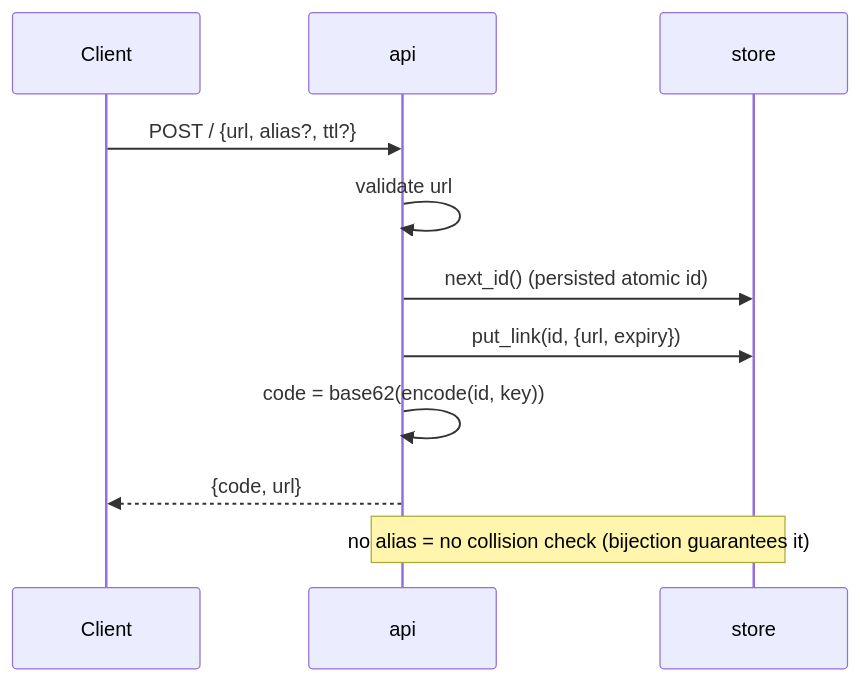
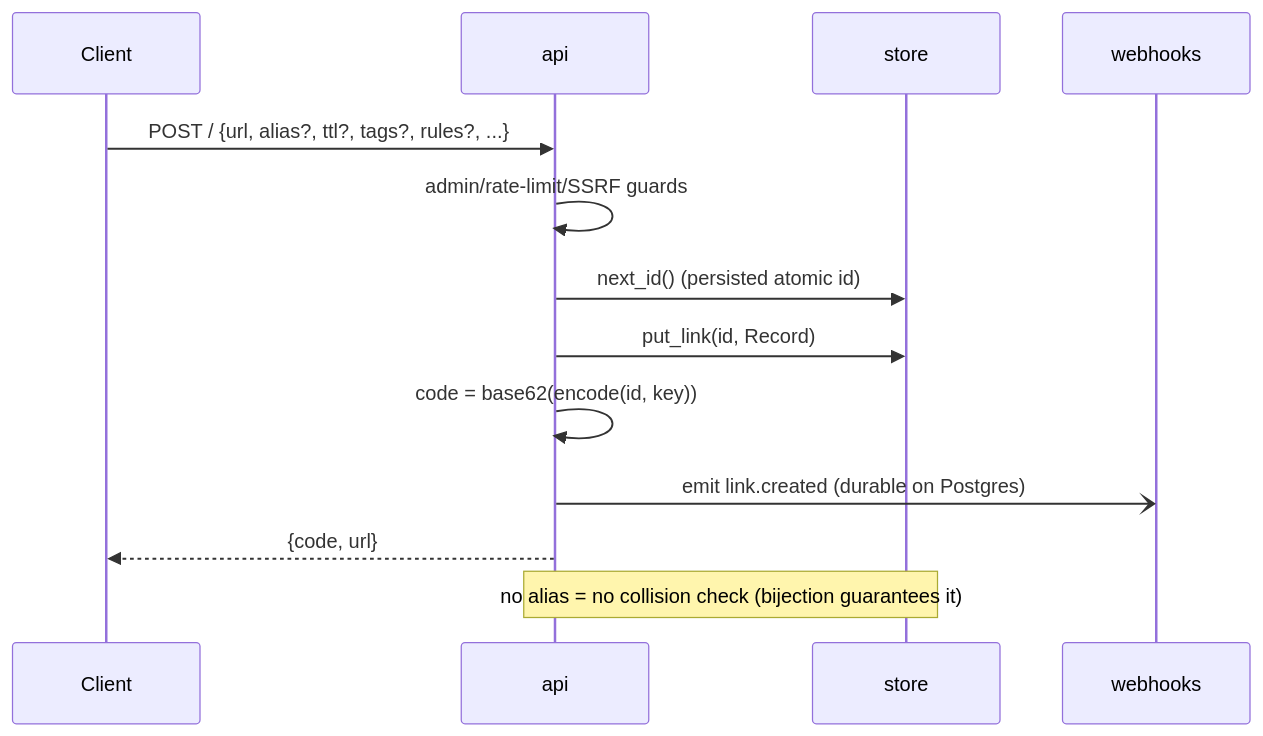
The second of 5 diagrams in docs/ARCHITECTURE.md (lucasolopes/quark), drawn with Mermaid before and after one commit. The commit also changed other lines of this file and 1 other file, not shown here.

First line of the commit message:
docs(architecture): rewrite to final module map, Record, backends, scale layer

````diff
--- a/docs/ARCHITECTURE.md
+++ b/docs/ARCHITECTURE.md
@@ -36,13 +43,15 @@
 ```mermaid
 sequenceDiagram
     participant Cli as Client
     participant Api as api
     participant St as store
-    Cli->>Api: POST / {url, alias?, ttl?}
-    Api->>Api: validate url
+    participant Wh as webhooks
+    Cli->>Api: POST / {url, alias?, ttl?, tags?, rules?, ...}
+    Api->>Api: admin/rate-limit/SSRF guards
     Api->>St: next_id() (persisted atomic id)
-    Api->>St: put_link(id, {url, expiry})
+    Api->>St: put_link(id, Record)
     Api->>Api: code = base62(encode(id, key))
+    Api-)Wh: emit link.created (durable on Postgres)
     Api-->>Cli: {code, url}
     Note over Api,St: no alias = no collision check (bijection guarantees it)
 ```
````
